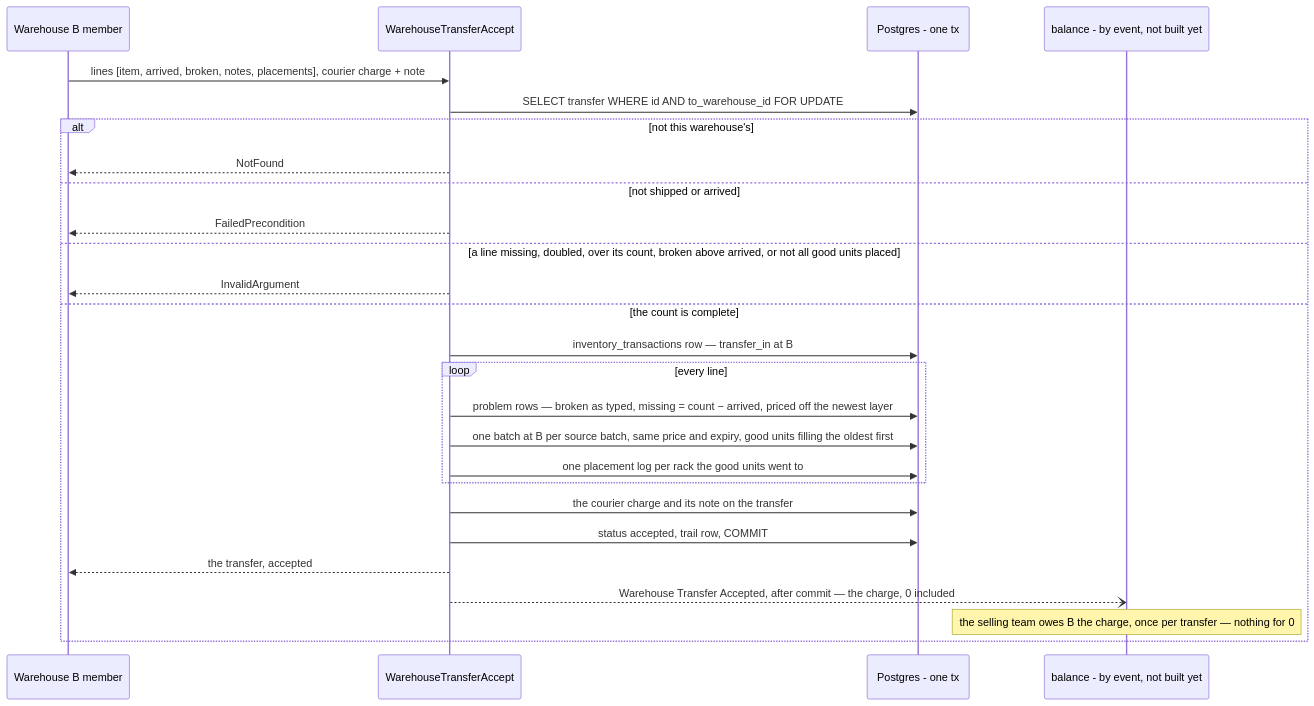
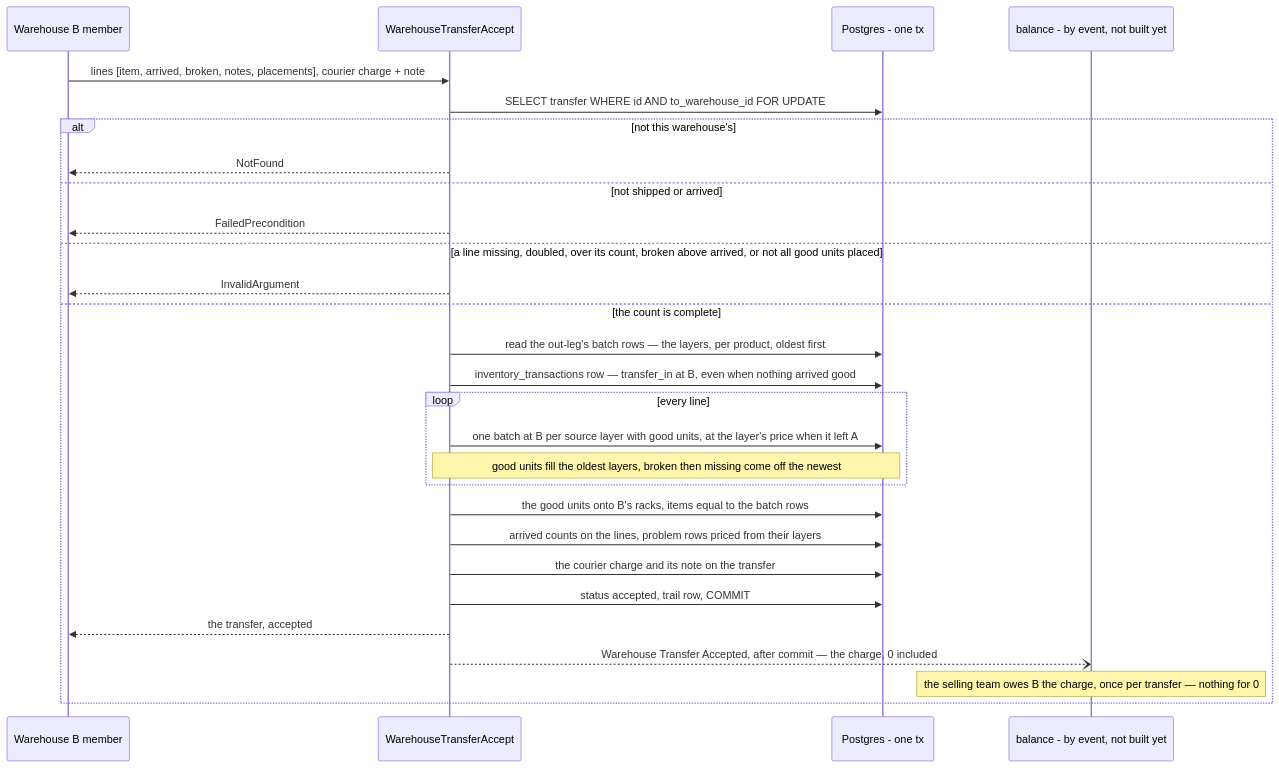
One commit to pdcgo/warehouse_revamp changed the eighth of 20 diagrams in docs/services/inventory_service/rpc.md. Above: the diagram before and after it, drawn with Mermaid. The commit also changed other lines of this file and 313 other files, not shown here.

````diff
--- a/docs/services/inventory_service/rpc.md
+++ b/docs/services/inventory_service/rpc.md
@@ -237,29 +309,31 @@
 ```mermaid
 sequenceDiagram
     participant B as Warehouse B member
     participant H as WarehouseTransferAccept
     participant DB as Postgres - one tx
     participant BAL as balance - by event, not built yet
 
     B->>H: lines [item, arrived, broken, notes, placements], courier charge + note
     H->>DB: SELECT transfer WHERE id AND to_warehouse_id FOR UPDATE
     alt not this warehouse's
         H-->>B: NotFound
     else not shipped or arrived
         H-->>B: FailedPrecondition
     else a line missing, doubled, over its count, broken above arrived, or not all good units placed
         H-->>B: InvalidArgument
     else the count is complete
-        H->>DB: inventory_transactions row — transfer_in at B
+        H->>DB: read the out-leg's batch rows — the layers, per product, oldest first
+        H->>DB: inventory_transactions row — transfer_in at B, even when nothing arrived good
         loop every line
-            H->>DB: problem rows — broken as typed, missing = count − arrived, priced off the newest layer
-            H->>DB: one batch at B per source batch, same price and expiry, good units filling the oldest first
-            H->>DB: one placement log per rack the good units went to
+            H->>DB: one batch at B per source layer with good units, at the layer's price when it left A
+            Note over H,DB: good units fill the oldest layers, broken then missing come off the newest
         end
+        H->>DB: the good units onto B's racks, items equal to the batch rows
+        H->>DB: arrived counts on the lines, problem rows priced from their layers
         H->>DB: the courier charge and its note on the transfer
         H->>DB: status accepted, trail row, COMMIT
         H-->>B: the transfer, accepted
         H--)BAL: Warehouse Transfer Accepted, after commit — the charge, 0 included
         Note over BAL: the selling team owes B the charge, once per transfer — nothing for 0
     end
 ```
````
